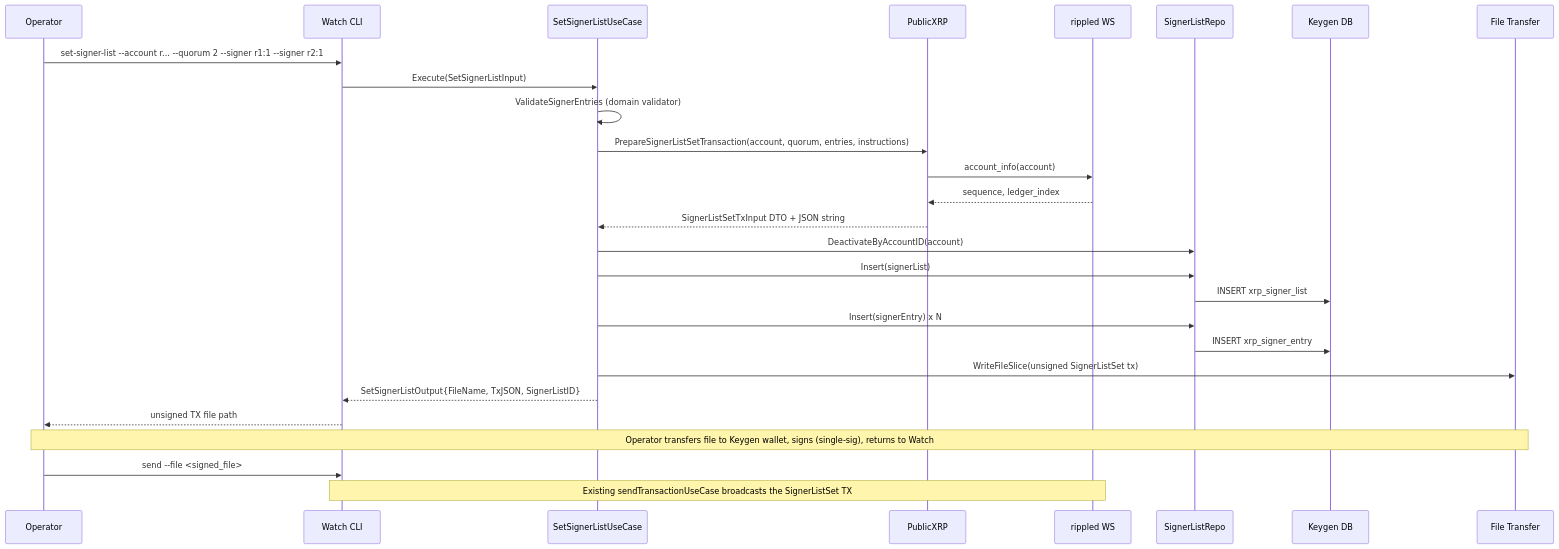
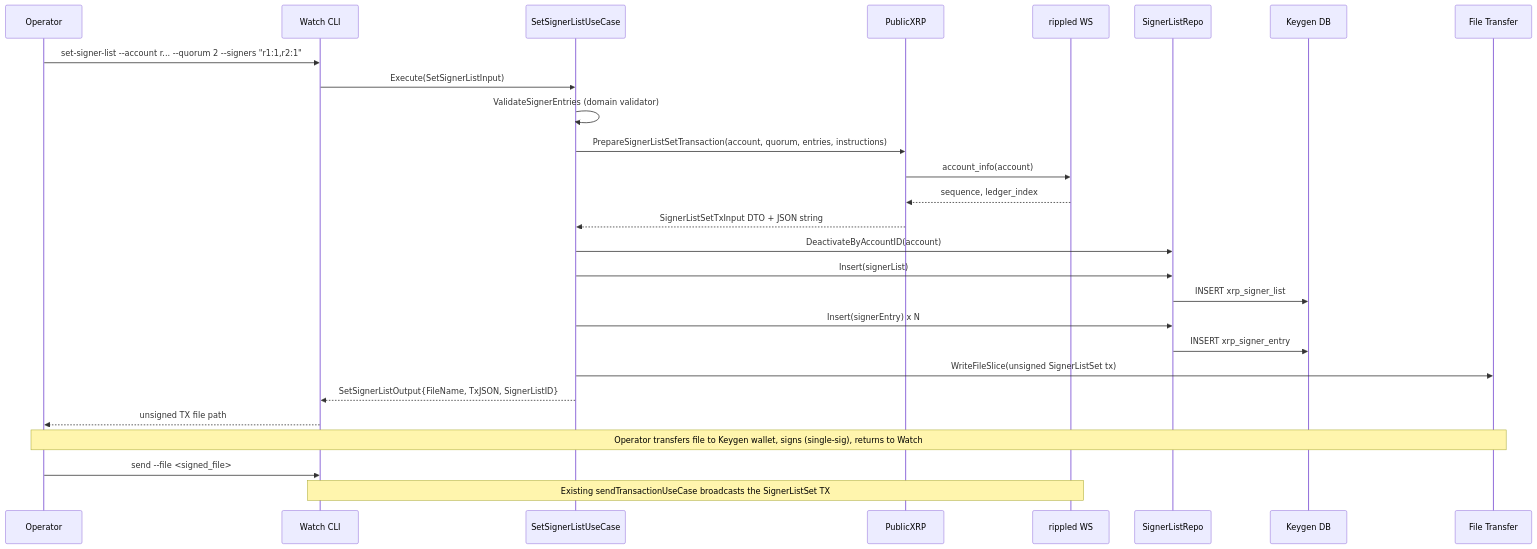
One commit to hiromaily/go-crypto-wallet changed the second of 4 diagrams in .kiro/specs/xrp-multisig-transaction/design.md. Above: the diagram before and after it, drawn with Mermaid. The commit also changed other lines of this file and 1 other file, not shown here.

First line of the commit message:
docs(xrp-spec): align set-signer-list CLI references with actual structure

````diff
--- a/.kiro/specs/xrp-multisig-transaction/design.md
+++ b/.kiro/specs/xrp-multisig-transaction/design.md
@@ -151,31 +151,31 @@
 ```mermaid
 sequenceDiagram
     participant Op as Operator
     participant CLI as Watch CLI
     participant UC as SetSignerListUseCase
     participant API as PublicXRP
     participant RPC as rippled WS
     participant Repo as SignerListRepo
     participant DB as Keygen DB
     participant File as File Transfer
 
-    Op->>CLI: set-signer-list --account r... --quorum 2 --signer r1:1 --signer r2:1
+    Op->>CLI: set-signer-list --account r... --quorum 2 --signers "r1:1,r2:1"
     CLI->>UC: Execute(SetSignerListInput)
     UC->>UC: ValidateSignerEntries (domain validator)
     UC->>API: PrepareSignerListSetTransaction(account, quorum, entries, instructions)
     API->>RPC: account_info(account)
     RPC-->>API: sequence, ledger_index
     API-->>UC: SignerListSetTxInput DTO + JSON string
     UC->>Repo: DeactivateByAccountID(account)
     UC->>Repo: Insert(signerList)
     Repo->>DB: INSERT xrp_signer_list
     UC->>Repo: Insert(signerEntry) x N
     Repo->>DB: INSERT xrp_signer_entry
     UC->>File: WriteFileSlice(unsigned SignerListSet tx)
     UC-->>CLI: SetSignerListOutput{FileName, TxJSON, SignerListID}
     CLI-->>Op: unsigned TX file path
 
     Note over Op,File: Operator transfers file to Keygen wallet, signs (single-sig), returns to Watch
     Op->>CLI: send --file <signed_file>
     Note over CLI,RPC: Existing sendTransactionUseCase broadcasts the SignerListSet TX
 ```
````
